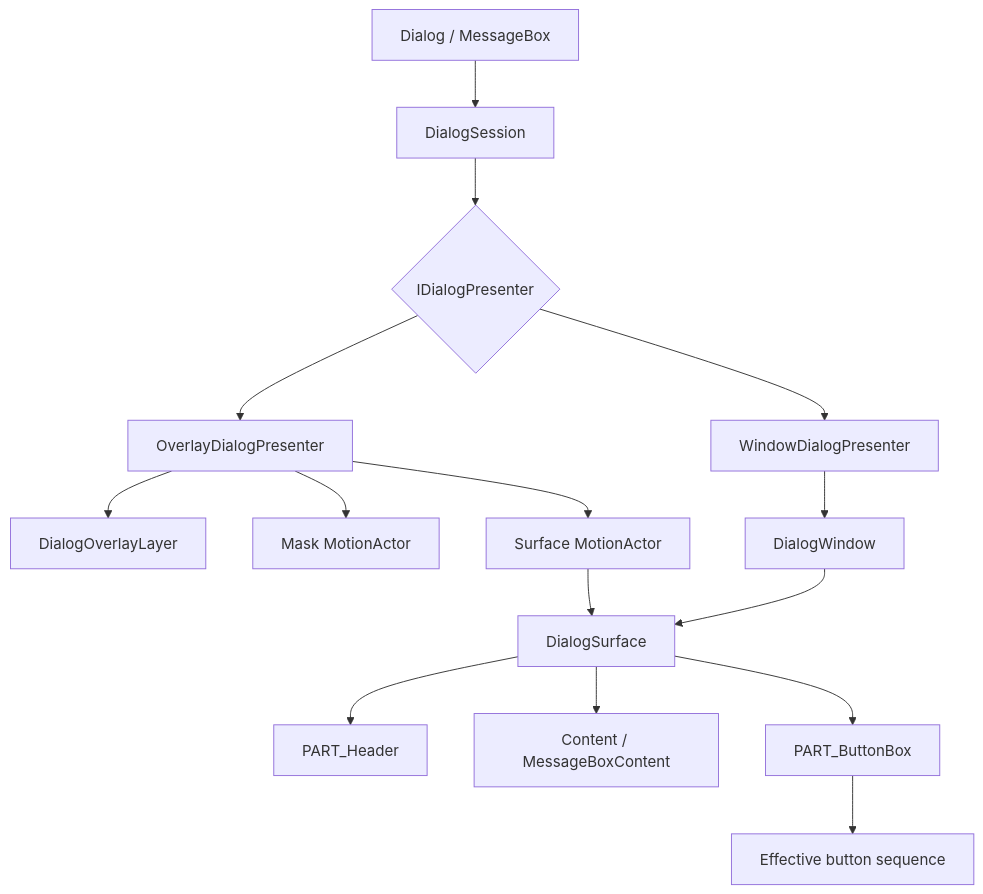
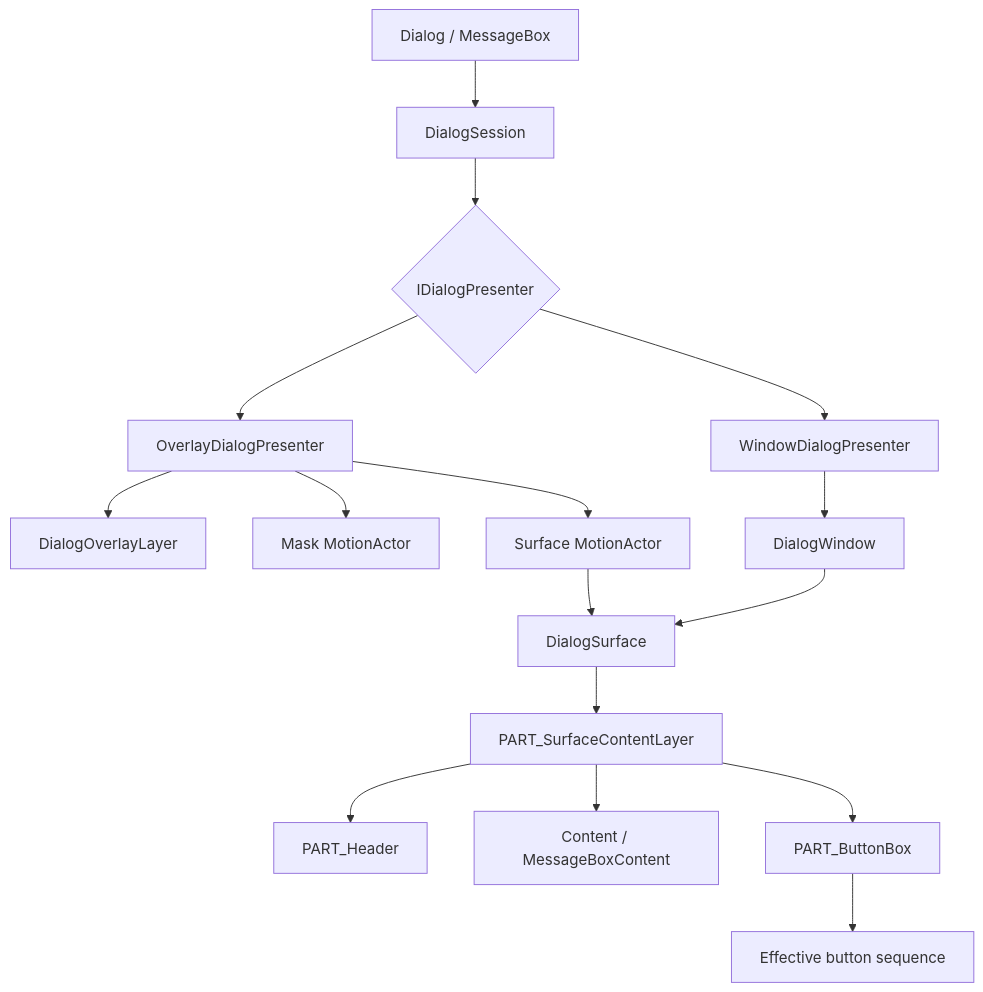
One commit to chinware/AtomUI changed the diagram in docs/controls/desktop/feedback/modal/implementation.md. Above: the diagram before and after it, drawn with Mermaid. The commit also changed other lines of this file and 8 other files, not shown here.

Commit message:
fix(Dialog): keep surface content attached through close motion

````diff
--- a/docs/controls/desktop/feedback/modal/implementation.md
+++ b/docs/controls/desktop/feedback/modal/implementation.md
@@ -73,17 +74,18 @@
 ```mermaid
 flowchart TD
     D["Dialog / MessageBox"] --> S["DialogSession"]
     S --> P{"IDialogPresenter"}
     P --> OP["OverlayDialogPresenter"]
     P --> WP["WindowDialogPresenter"]
     OP --> DL["DialogOverlayLayer"]
     OP --> MA["Mask MotionActor"]
     OP --> SA["Surface MotionActor"]
     WP --> W["DialogWindow"]
     SA --> DS["DialogSurface"]
     W --> DS
-    DS --> H["PART_Header"]
-    DS --> C["Content / MessageBoxContent"]
-    DS --> B["PART_ButtonBox"]
+    DS --> DSCL["PART_SurfaceContentLayer"]
+    DSCL --> H["PART_Header"]
+    DSCL --> C["Content / MessageBoxContent"]
+    DSCL --> B["PART_ButtonBox"]
     B --> EB["Effective button sequence"]
 ```
````
